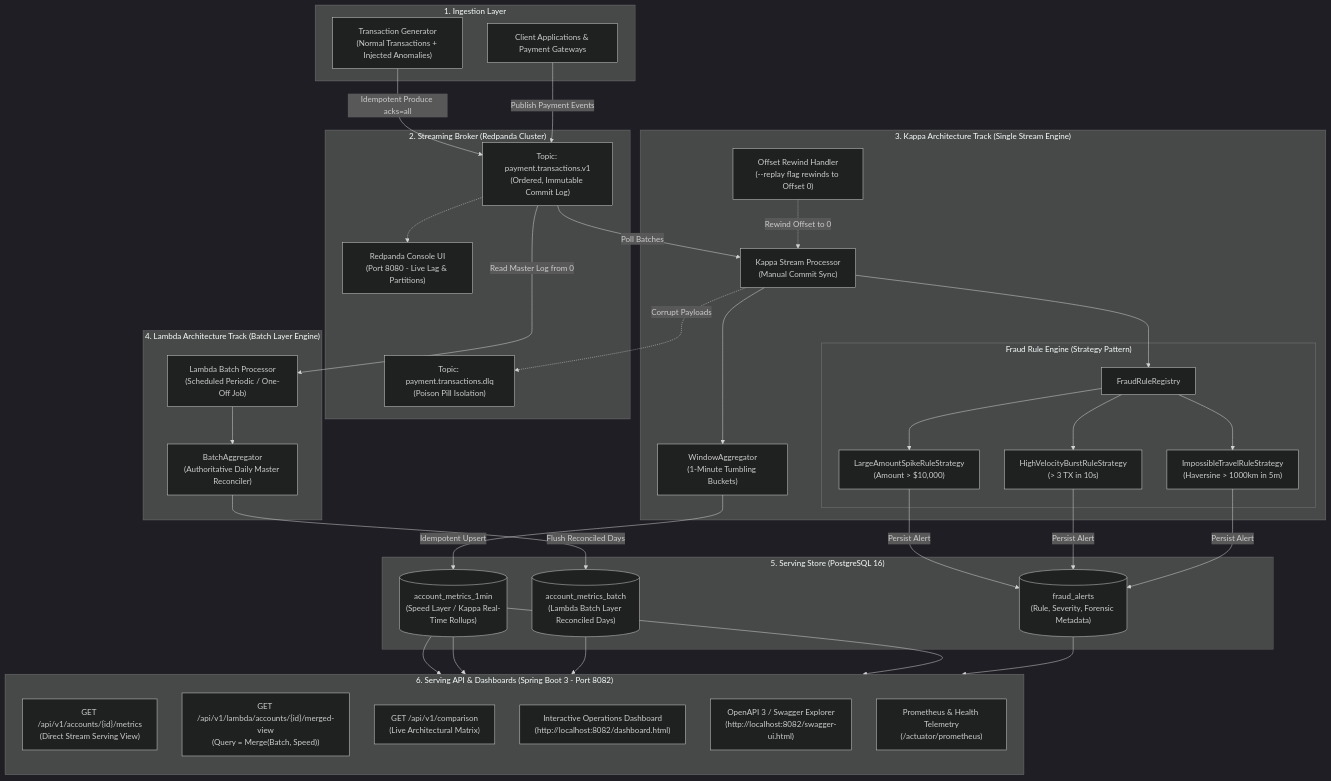
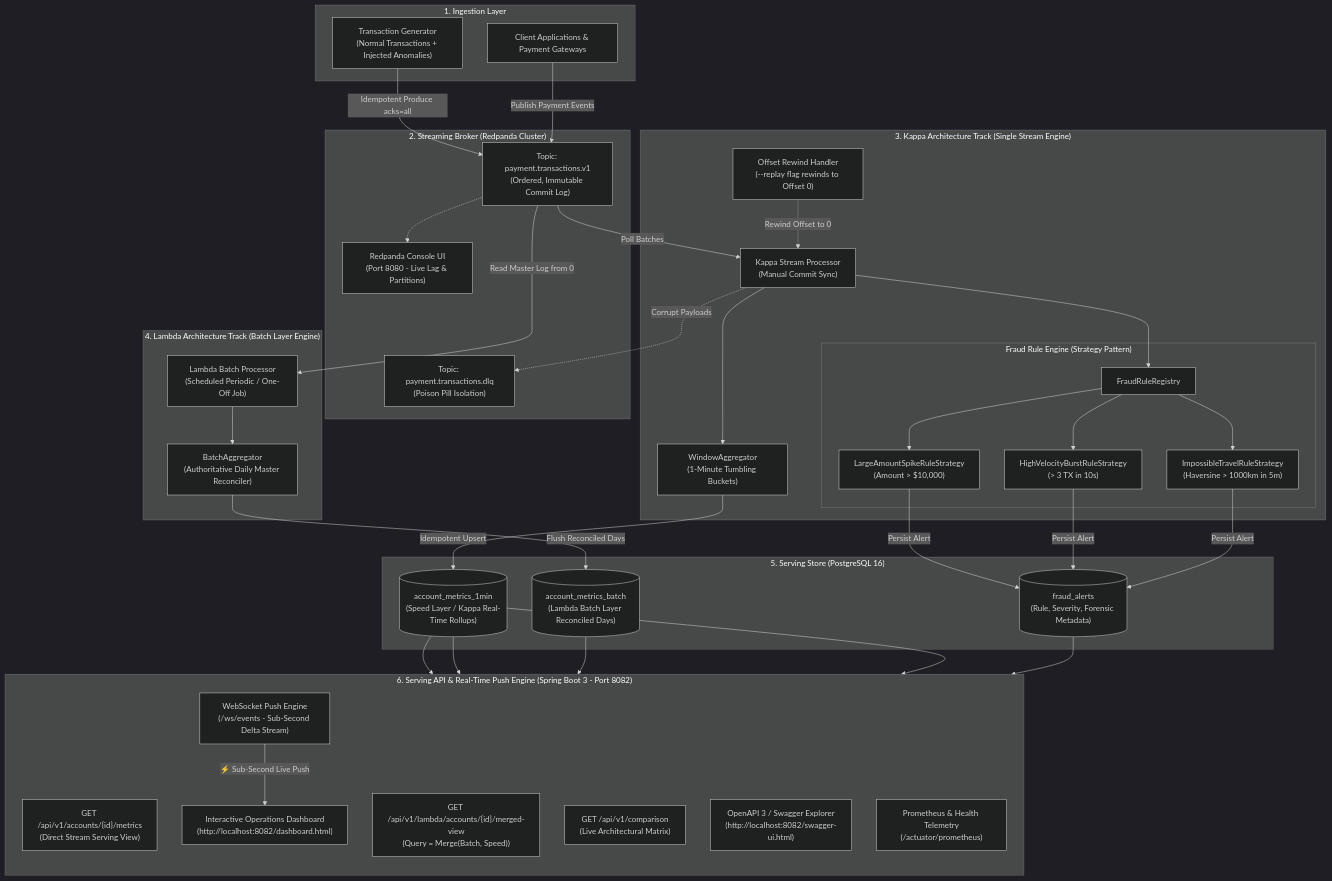
The first of 4 diagrams in README.md (kirankumarhm/Streaming-and-Fraud-Platform-Kappa-Architecture), drawn with Mermaid (dark theme) before and after one commit. The commit also changed other lines of this file and 17 other files, not shown here.

Commit message:
feat: introduce real-time WebSocket push streaming, pipeline visual screenshots, and comprehensive automated test suite

````diff
--- a/README.md
+++ b/README.md
@@ -64,73 +64,75 @@
 ```mermaid
 flowchart TD
     subgraph Producers["1. Ingestion Layer"]
         Gen["Transaction Generator\n(Normal Transactions + Injected Anomalies)"]
         ClientApps["Client Applications & Payment Gateways"]
     end
 
     subgraph Broker["2. Streaming Broker (Redpanda Cluster)"]
         MainTopic["Topic: payment.transactions.v1\n(Ordered, Immutable Commit Log)"]
         DLQTopic["Topic: payment.transactions.dlq\n(Poison Pill Isolation)"]
         Console["Redpanda Console UI\n(Port 8080 - Live Lag & Partitions)"]
     end
 
     subgraph KappaTrack["3. Kappa Architecture Track (Single Stream Engine)"]
         Consumer["Kappa Stream Processor\n(Manual Commit Sync)"]
         WindowAgg["WindowAggregator\n(1-Minute Tumbling Buckets)"]
         
         subgraph StrategyPattern["Fraud Rule Engine (Strategy Pattern)"]
             Registry["FraudRuleRegistry"]
             Rule1["LargeAmountSpikeRuleStrategy\n(Amount > $10,000)"]
             Rule2["HighVelocityBurstRuleStrategy\n(> 3 TX in 10s)"]
             Rule3["ImpossibleTravelRuleStrategy\n(Haversine > 1000km in 5m)"]
         end
 
         ReplayEngine["Offset Rewind Handler\n(--replay flag rewinds to Offset 0)"]
     end
 
     subgraph LambdaTrack["4. Lambda Architecture Track (Batch Layer Engine)"]
         BatchWorker["Lambda Batch Processor\n(Scheduled Periodic / One-Off Job)"]
         BatchAgg["BatchAggregator\n(Authoritative Daily Master Reconciler)"]
     end
 
     subgraph ServingStore["5. Serving Store (PostgreSQL 16)"]
         MetricsSpeed[("account_metrics_1min\n(Speed Layer / Kappa Real-Time Rollups)")]
         MetricsBatch[("account_metrics_batch\n(Lambda Batch Layer Reconciled Days)")]
         AlertsTable[("fraud_alerts\n(Rule, Severity, Forensic Metadata)")]
     end
 
-    subgraph ServingAPI["6. Serving API & Dashboards (Spring Boot 3 - Port 8082)"]
+    subgraph ServingAPI["6. Serving API & Real-Time Push Engine (Spring Boot 3 - Port 8082)"]
         direction TB
         KappaAPI["GET /api/v1/accounts/{id}/metrics\n(Direct Stream Serving View)"]
         LambdaAPI["GET /api/v1/lambda/accounts/{id}/merged-view\n(Query = Merge(Batch, Speed))"]
         ComparisonAPI["GET /api/v1/comparison\n(Live Architectural Matrix)"]
+        WSEngine["WebSocket Push Engine\n(/ws/events - Sub-Second Delta Stream)"]
         WebDashboard["Interactive Operations Dashboard\n(http://localhost:8082/dashboard.html)"]
         SwaggerUI["OpenAPI 3 / Swagger Explorer\n(http://localhost:8082/swagger-ui.html)"]
         Actuator["Prometheus & Health Telemetry\n(/actuator/prometheus)"]
     end
 
     %% Ingestion Links
     Gen -->|Idempotent Produce acks=all| MainTopic
     ClientApps -->|Publish Payment Events| MainTopic
     MainTopic -.-> Console
 
     %% Kappa Track Flow
     MainTopic -->|Poll Batches| Consumer
     Consumer --> WindowAgg
     Consumer --> Registry
     Consumer -.->|Corrupt Payloads| DLQTopic
     Registry --> Rule1 & Rule2 & Rule3
     WindowAgg -->|Idempotent Upsert| MetricsSpeed
     Rule1 & Rule2 & Rule3 -->|Persist Alert| AlertsTable
     ReplayEngine -.->|Rewind Offset to 0| Consumer
 
     %% Lambda Track Flow
     MainTopic -->|Read Master Log from 0| BatchWorker
     BatchWorker --> BatchAgg
     BatchAgg -->|Flush Reconciled Days| MetricsBatch
 
     %% Serving Layer Connections
     MetricsSpeed --> KappaAPI
     MetricsSpeed & MetricsBatch --> LambdaAPI
-    MetricsSpeed & AlertsTable --> WebDashboard
+    MetricsSpeed & AlertsTable --> WSEngine
+    WSEngine -->|⚡ Sub-Second Live Push| WebDashboard
 ```
````
